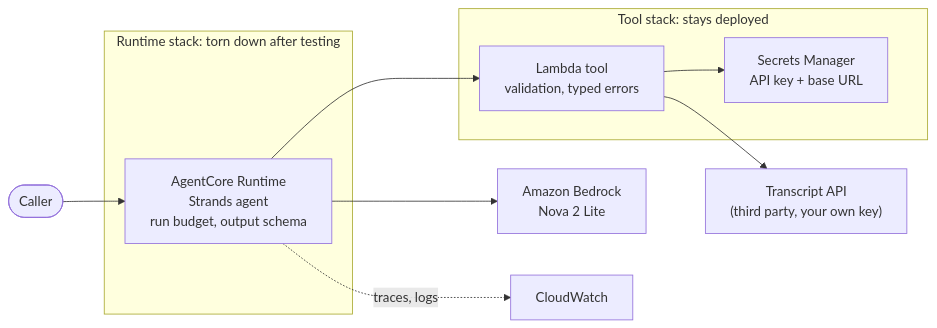
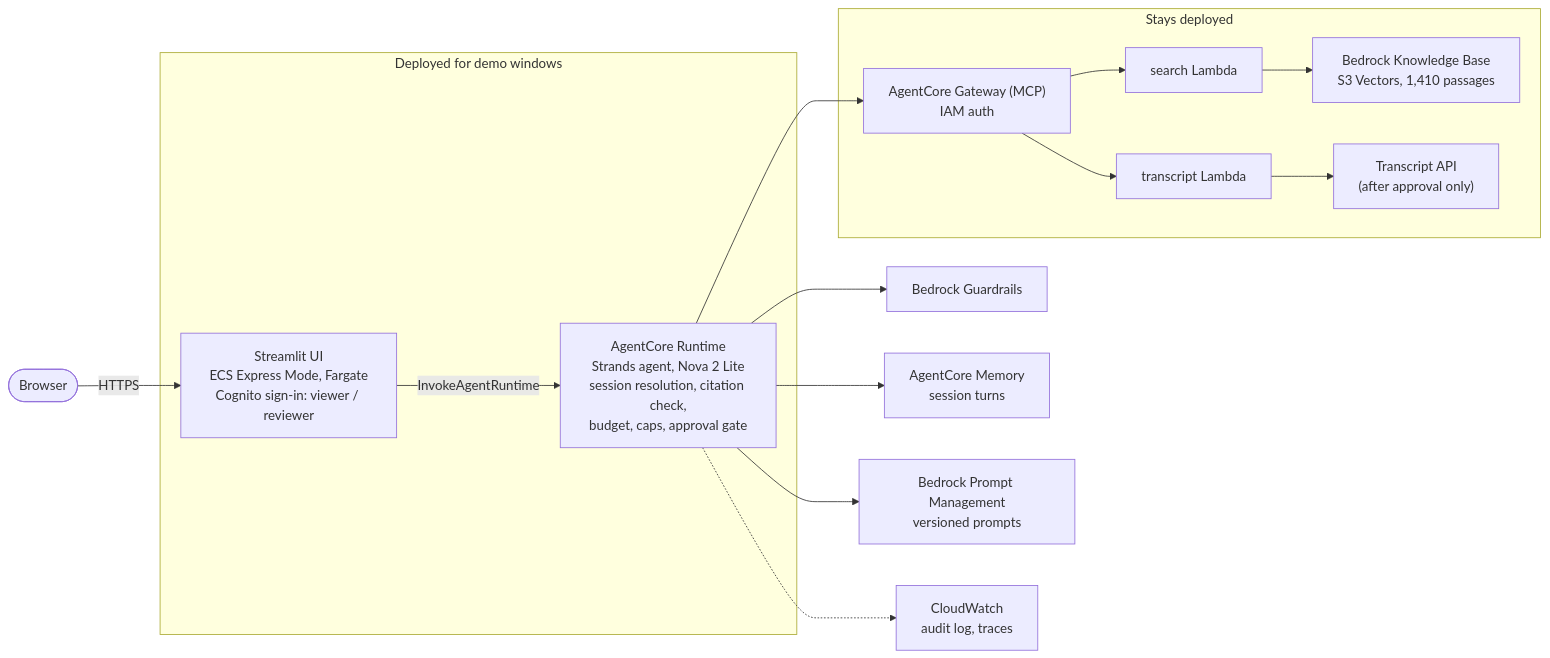
One commit to Saber-Hosseinzade/earnings-research-agent changed the diagram in README.md. Above: the diagram before and after it, drawn with Mermaid. The commit also changed other lines of this file and 1 other file, not shown here.

First line of the commit message:
README for v2: what the assistant does, how it stays honest, measured results

````diff
--- a/README.md
+++ b/README.md
@@ -11,20 +79,21 @@
 ```mermaid
 flowchart LR
-    caller([Caller]) --> runtime
+    user([Browser]) -->|HTTPS| ui
 
-    subgraph agentstack["Runtime stack: torn down after testing"]
-        runtime["AgentCore Runtime<br/>Strands agent<br/>run budget, output schema"]
+    subgraph demo["Deployed for demo windows"]
+        ui["Streamlit UI<br/>ECS Express Mode, Fargate<br/>Cognito sign-in: viewer / reviewer"]
+        runtime["AgentCore Runtime<br/>Strands agent, Nova 2 Lite<br/>session resolution, citation check,<br/>budget, caps, approval gate"]
     end
 
-    runtime --> model["Amazon Bedrock<br/>Nova 2 Lite"]
-    runtime --> lambda
-    runtime -. traces, logs .-> cw["CloudWatch"]
+    ui -->|InvokeAgentRuntime| runtime
+    runtime --> guard["Bedrock Guardrails"]
+    runtime --> memory["AgentCore Memory<br/>session turns"]
+    runtime --> prompts["Bedrock Prompt Management<br/>versioned prompts"]
+    runtime --> gw["AgentCore Gateway (MCP)<br/>IAM auth"]
+    runtime -.-> audit["CloudWatch<br/>audit log, traces"]
 
-    subgraph toolstack["Tool stack: stays deployed"]
-        lambda["Lambda tool<br/>validation, typed errors"]
-        secret["Secrets Manager<br/>API key + base URL"]
-        lambda --> secret
+    subgraph tools["Stays deployed"]
+        gw --> search["search Lambda"] --> kb["Bedrock Knowledge Base<br/>S3 Vectors, 1,410 passages"]
+        gw --> fetch["transcript Lambda"] --> api["Transcript API<br/>(after approval only)"]
     end
-
-    lambda --> av["Transcript API<br/>(third party, your own key)"]
 ```
````
